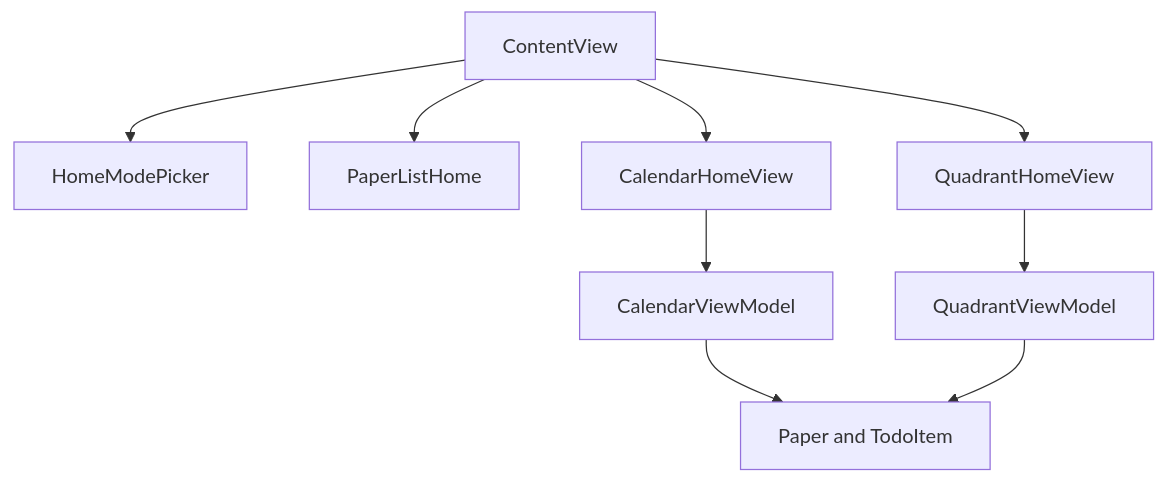
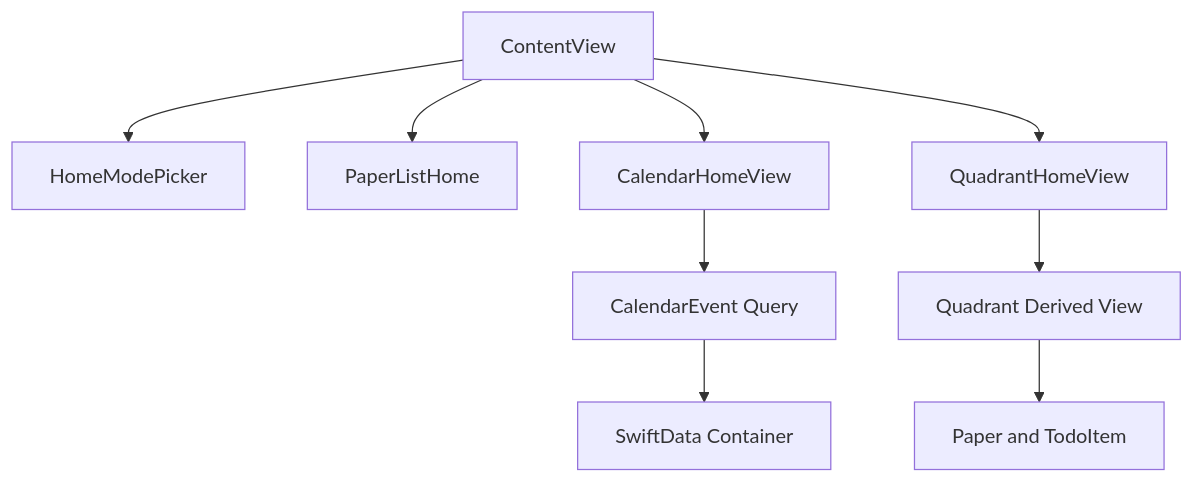
One commit to joeshu/joeshu changed the diagram in .monkeycode/specs/calendar-quadrant-home/design.md. Above: the diagram before and after it, drawn with Mermaid. The commit also changed other lines of this file and 4 other files, not shown here.

Commit message:
feat: refine calendar visual timeline mode Co-authored-by: monkeycode-ai <monkeycode-ai@chaitin.com>

````diff
--- a/.monkeycode/specs/calendar-quadrant-home/design.md
+++ b/.monkeycode/specs/calendar-quadrant-home/design.md
@@ -12,11 +12,11 @@
 ```mermaid
 graph TD
     A[ContentView] --> B[HomeModePicker]
     A --> C[PaperListHome]
     A --> D[CalendarHomeView]
     A --> E[QuadrantHomeView]
-    D --> F[CalendarViewModel]
-    E --> G[QuadrantViewModel]
-    F --> H[Paper and TodoItem]
-    G --> H
+    D --> F[CalendarEvent Query]
+    E --> G[Quadrant Derived View]
+    F --> H[SwiftData Container]
+    G --> I[Paper and TodoItem]
 ```
````
